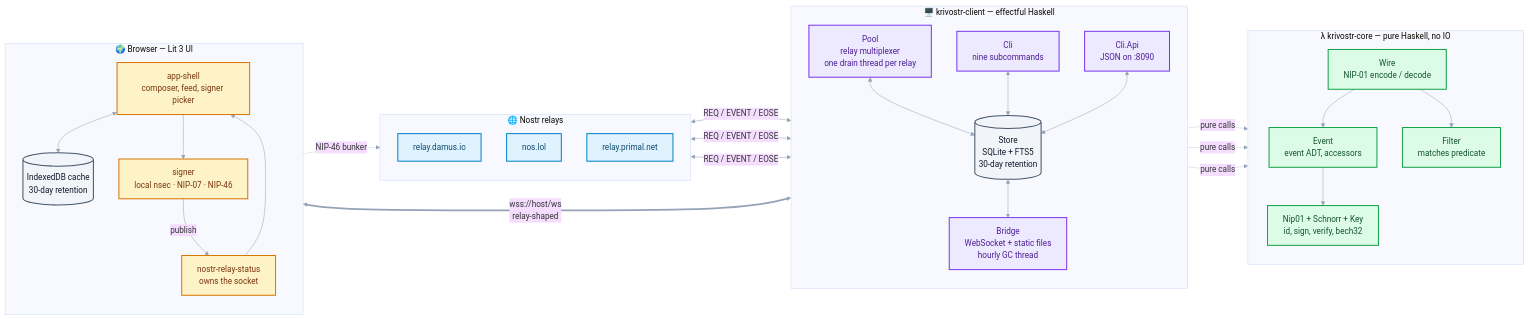
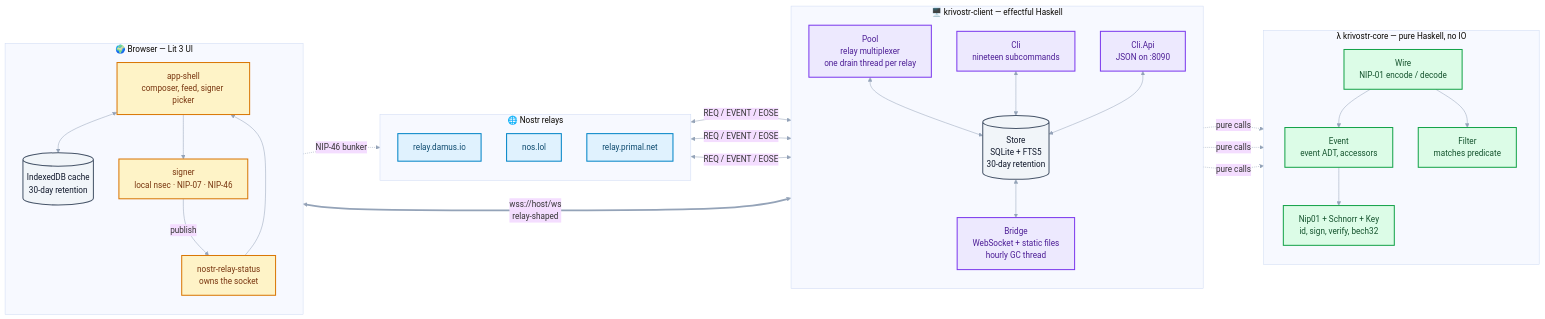
The diagram in README.md (sagar-shirwalkar/krivostr), drawn with Mermaid before and after one commit. The commit also changed other lines of this file and 39 other files, not shown here.

````diff
--- a/README.md
+++ b/README.md
@@ -282,67 +289,67 @@
 ```mermaid
 %%{init: {"theme": "base", "themeVariables": {"fontFamily": "ui-sans-serif, system-ui, sans-serif", "lineColor": "#94a3b8"}}}%%
 flowchart LR
     subgraph RELAYS["🌐 Nostr relays"]
         direction TB
         R1["relay.damus.io"]
         R2["nos.lol"]
         R3["relay.primal.net"]
     end
 
     subgraph CLIENT["🖥️ krivostr-client — effectful Haskell"]
         direction TB
         POOL["Pool<br/>relay multiplexer<br/>one drain thread per relay"]
         STORE[("Store<br/>SQLite + FTS5<br/>30-day retention")]
         BRIDGE["Bridge<br/>WebSocket + static files<br/>hourly GC thread"]
-        CLI["Cli<br/>nine subcommands"]
+        CLI["Cli<br/>nineteen subcommands"]
         API["Cli.Api<br/>JSON on :8090"]
     end
 
     subgraph CORE["λ krivostr-core — pure Haskell, no IO"]
         direction TB
         WIRE["Wire<br/>NIP-01 encode / decode"]
         EVENT["Event<br/>event ADT, accessors"]
         SCHNORR["Nip01 + Schnorr + Key<br/>id, sign, verify, bech32"]
         FILTER["Filter<br/>matches predicate"]
     end
 
     subgraph BROWSER["🌍 Browser — Lit 3 UI"]
         direction TB
         SHELL["app-shell<br/>composer, feed, signer picker"]
         STATUS["nostr-relay-status<br/>owns the socket"]
         SIGNER["signer<br/>local nsec · NIP-07 · NIP-46"]
         IDB[("IndexedDB cache<br/>30-day retention")]
     end
 
     R1 & R2 & R3 <-->|"REQ / EVENT / EOSE"| POOL
     POOL <--> STORE
     CLI <--> STORE
     API <--> STORE
     STORE <--> BRIDGE
 
     POOL -.->|"pure calls"| WIRE
     BRIDGE -.->|"pure calls"| WIRE
     CLI -.->|"pure calls"| WIRE
     WIRE --> EVENT
     WIRE --> FILTER
     EVENT --> SCHNORR
 
     BRIDGE <==>|"wss://host/ws<br/>relay-shaped"| STATUS
     STATUS --> SHELL
     SHELL <--> IDB
     SHELL --> SIGNER
     SIGNER -->|"publish"| STATUS
     SIGNER -.->|"NIP-46 bunker"| RELAYS
 
     classDef relay fill:#e0f2fe,stroke:#0284c7,stroke-width:2px,color:#0c4a6e
     classDef client fill:#ede9fe,stroke:#7c3aed,stroke-width:2px,color:#4c1d95
     classDef core fill:#dcfce7,stroke:#16a34a,stroke-width:2px,color:#14532d
     classDef ui fill:#fef3c7,stroke:#d97706,stroke-width:2px,color:#78350f
     classDef data fill:#f1f5f9,stroke:#475569,stroke-width:2px,color:#0f172a
 
     class R1,R2,R3 relay
     class POOL,BRIDGE,CLI,API client
     class WIRE,EVENT,SCHNORR,FILTER core
     class SHELL,STATUS,SIGNER ui
     class STORE,IDB data
 ```
````
